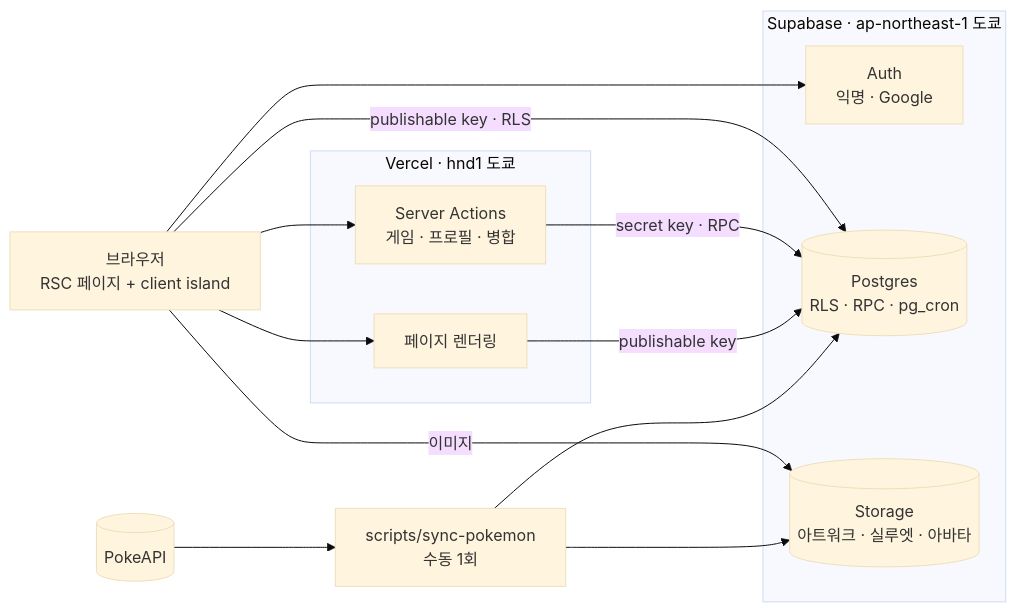
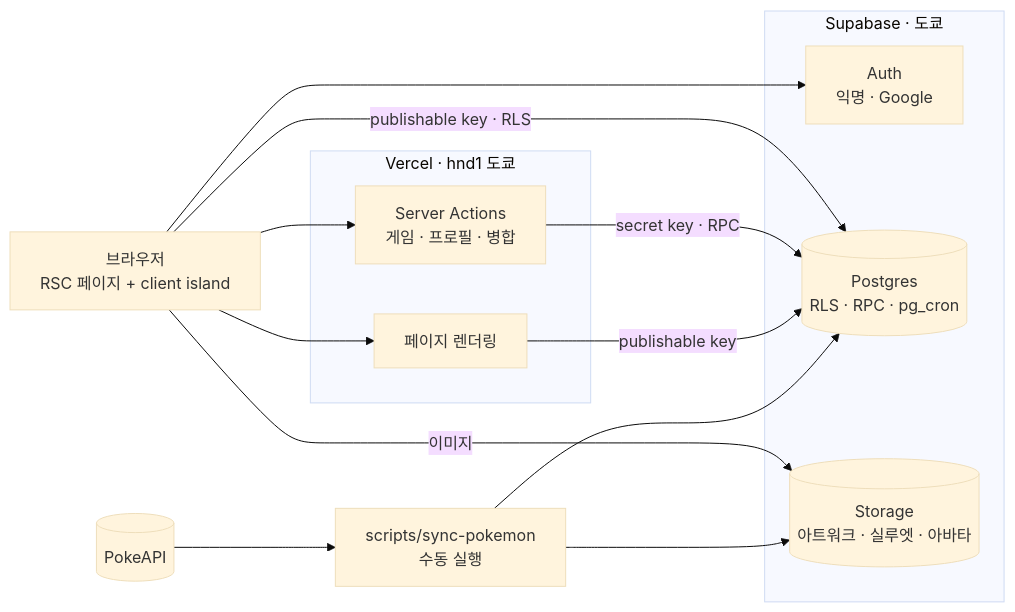
The diagram in docs/system_design.md (ottuck/pokepedia), drawn with Mermaid (base theme) before and after one commit. The commit also changed other lines of this file and 5 other files, not shown here.

````diff
--- a/docs/system_design.md
+++ b/docs/system_design.md
@@ -37,20 +17,20 @@
 ```mermaid
 flowchart LR
   UI["브라우저<br/>RSC 페이지 + client island"]
   subgraph Vercel["Vercel · hnd1 도쿄"]
     Pages[페이지 렌더링]
     Actions[Server Actions<br/>게임 · 프로필 · 병합]
   end
-  subgraph Supabase["Supabase · ap-northeast-1 도쿄"]
+  subgraph Supabase["Supabase · 도쿄"]
     Auth[Auth<br/>익명 · Google]
     DB[(Postgres<br/>RLS · RPC · pg_cron)]
     Storage[(Storage<br/>아트워크 · 실루엣 · 아바타)]
   end
-  PokeAPI[(PokeAPI)] --> Sync[scripts/sync-pokemon<br/>수동 1회]
+  PokeAPI[(PokeAPI)] --> Sync[scripts/sync-pokemon<br/>수동 실행]
   Sync --> DB & Storage
   UI --> Pages -- publishable key --> DB
   UI --> Actions -- secret key · RPC --> DB
   UI -- publishable key · RLS --> DB
   UI --> Auth
   UI -- 이미지 --> Storage
 ```
````
